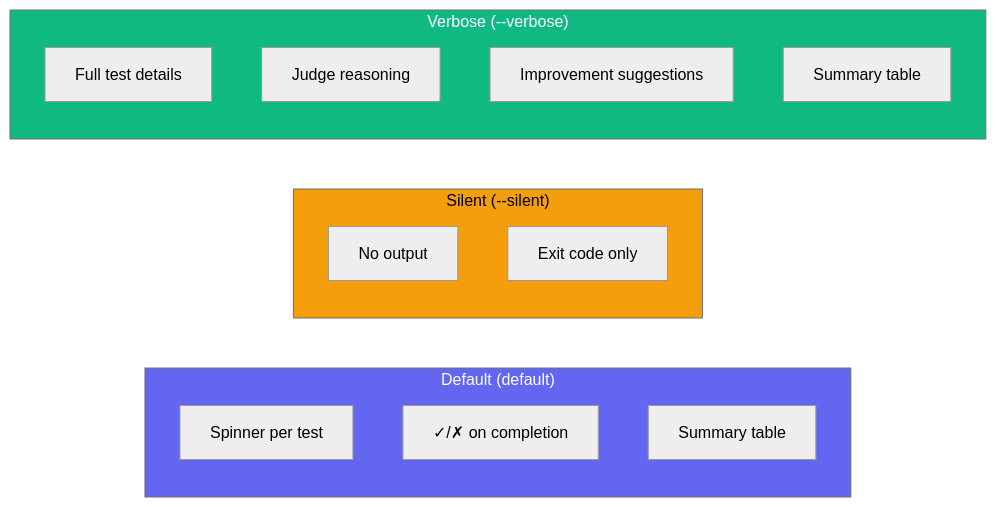
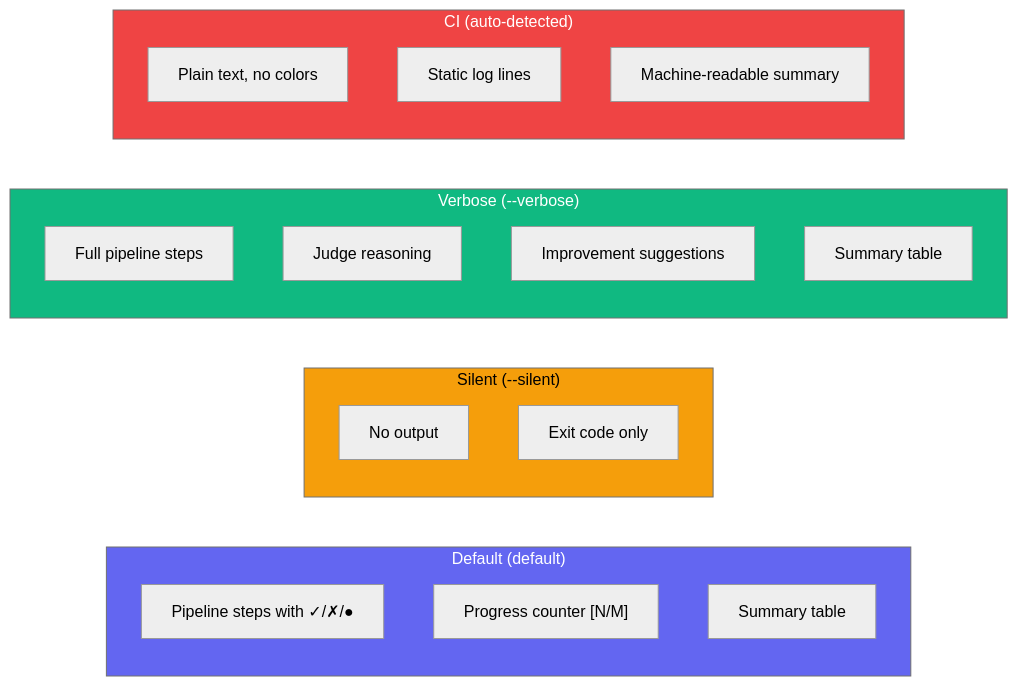
Before and after one commit to Tlahey/agent-eval: the second of 3 diagrams in apps/docs/guide/cli.md, drawn with Mermaid (neutral theme). The commit also changed other lines of this file and 8 other files, not shown here.

First line of the commit message:
feat(reporter): replace chalk/ora with picocolors, add CI auto-detection and pipeline steps (#5)

````diff
--- a/apps/docs/guide/cli.md
+++ b/apps/docs/guide/cli.md
@@ -84,24 +84,31 @@
 ```mermaid
 flowchart LR
     subgraph Default["Default (default)"]
-        D1["Spinner per test"]
-        D2["✓/✗ on completion"]
+        D1["Pipeline steps with ✓/✗/●"]
+        D2["Progress counter [N/M]"]
         D3["Summary table"]
     end
 
     subgraph Silent["Silent (--silent)"]
         S1["No output"]
         S2["Exit code only"]
     end
 
     subgraph Verbose["Verbose (--verbose)"]
-        V1["Full test details"]
+        V1["Full pipeline steps"]
         V2["Judge reasoning"]
         V3["Improvement suggestions"]
         V4["Summary table"]
     end
 
+    subgraph CI["CI (auto-detected)"]
+        C1["Plain text, no colors"]
+        C2["Static log lines"]
+        C3["Machine-readable summary"]
+    end
+
     style Default fill:#6366f1,color:#fff
     style Silent fill:#f59e0b,color:#000
     style Verbose fill:#10b981,color:#fff
+    style CI fill:#ef4444,color:#fff
 ```
````
